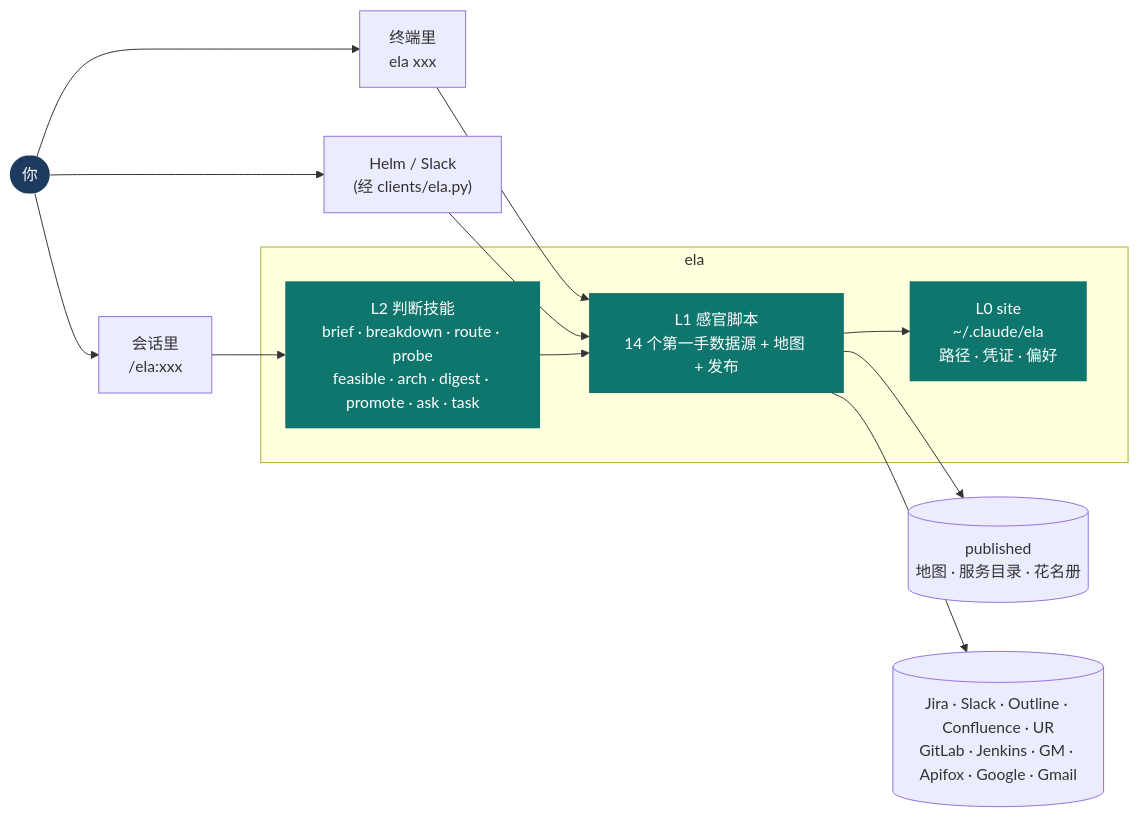
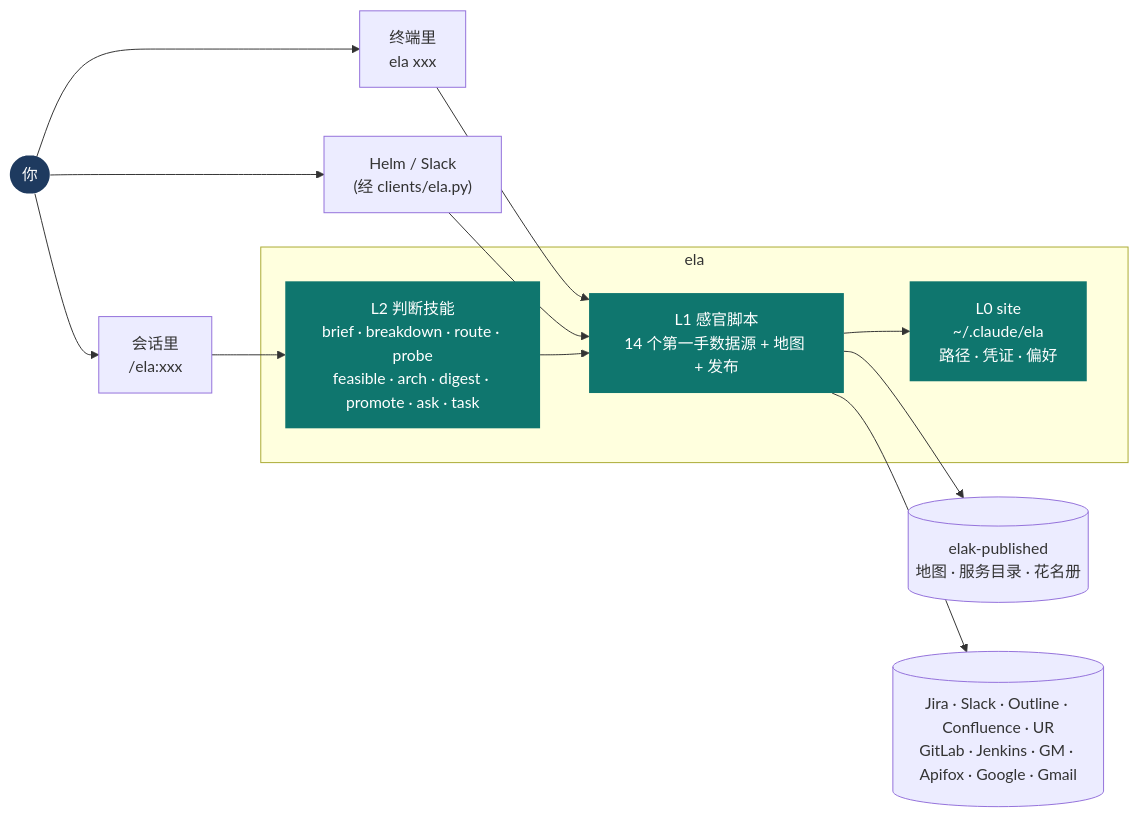
Before and after one commit to tvuevanli/tvu-ela: the first of 4 diagrams in docs/manual.md, drawn with Mermaid. The commit also changed other lines of this file and 1 other file, not shown here.

First line of the commit message:
docs: the shared directory is named elak-published where a person reads it

````diff
--- a/docs/manual.md
+++ b/docs/manual.md
@@ -16,20 +16,20 @@
 ```mermaid
 flowchart LR
   You(["你"]) --> S["会话里<br>/ela:xxx"]
   You --> C["终端里<br>ela xxx"]
   You --> H["Helm / Slack<br>(经 clients/ela.py)"]
   S --> L2
   C --> L1
   H --> L1
   subgraph ela
     L2["L2 判断技能<br>brief · breakdown · route · probe<br>feasible · arch · digest · promote · ask · task"] --> L1
     L1["L1 感官脚本<br>14 个第一手数据源 + 地图 + 发布"]
     L1 --> L0["L0 site<br>~/.claude/ela<br>路径 · 凭证 · 偏好"]
   end
-  L1 --> PUB[("published<br>地图 · 服务目录 · 花名册")]
+  L1 --> PUB[("elak-published<br>地图 · 服务目录 · 花名册")]
   L1 --> W[("Jira · Slack · Outline · Confluence · UR<br>GitLab · Jenkins · GM · Apifox · Google · Gmail")]
   classDef me fill:#1e3a5f,color:#fff,stroke:none
   classDef core fill:#0f766e,color:#fff,stroke:none
   class You me
   class L1,L2,L0 core
 ```
````
